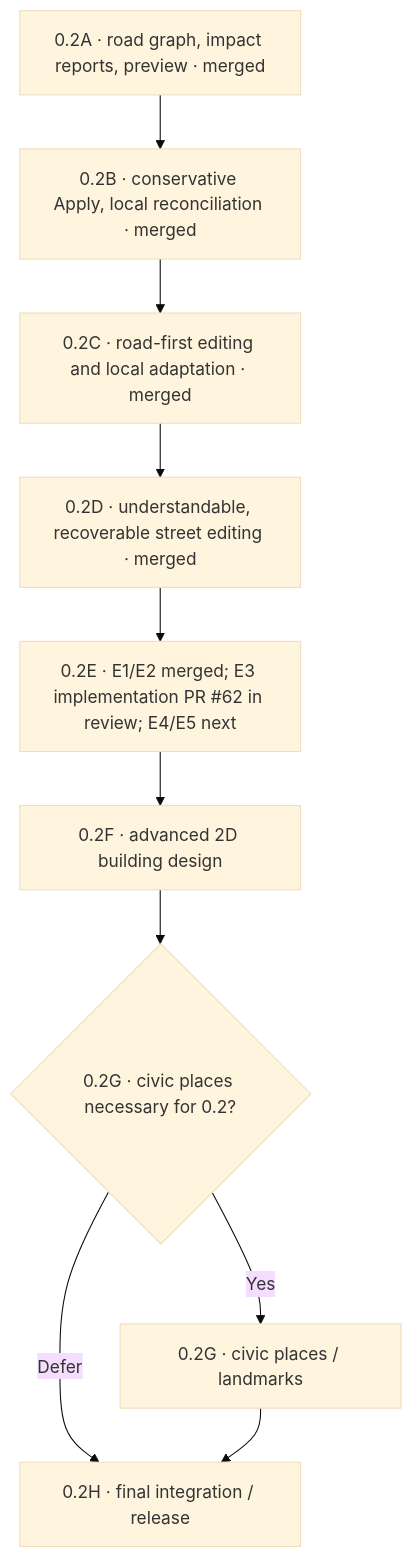
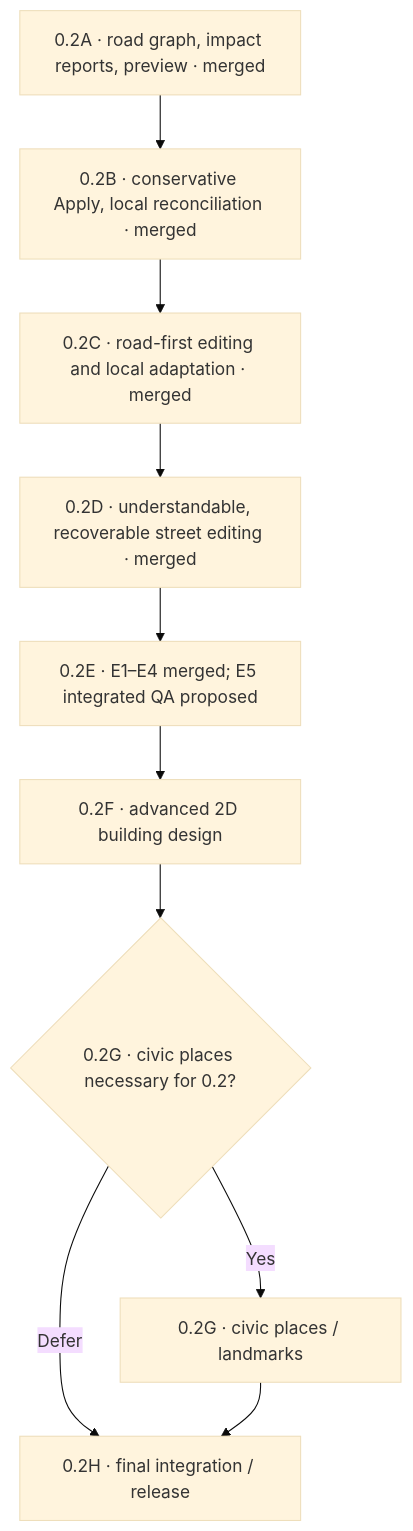
The diagram in docs/plans/0.2/README.md (xbwtyz/Mappo), drawn with Mermaid (base theme) before and after one commit. The commit also changed other lines of this file, not shown here.

````diff
--- a/docs/plans/0.2/README.md
+++ b/docs/plans/0.2/README.md
@@ -15,12 +15,12 @@
 ```mermaid
 flowchart TD
   A["0.2A · road graph, impact reports, preview · merged"] --> B["0.2B · conservative Apply, local reconciliation · merged"]
   B --> C["0.2C · road-first editing and local adaptation · merged"]
   C --> D["0.2D · understandable, recoverable street editing · merged"]
-  D --> E["0.2E · E1/E2 merged; E3 implementation PR #62 in review; E4/E5 next"]
+  D --> E["0.2E · E1–E4 merged; E5 integrated QA proposed"]
   E --> F["0.2F · advanced 2D building design"]
   F --> G{"0.2G · civic places necessary for 0.2?"}
   G -->|Yes| G1["0.2G · civic places / landmarks"]
   G -->|Defer| H["0.2H · final integration / release"]
   G1 --> H
 ```
````
